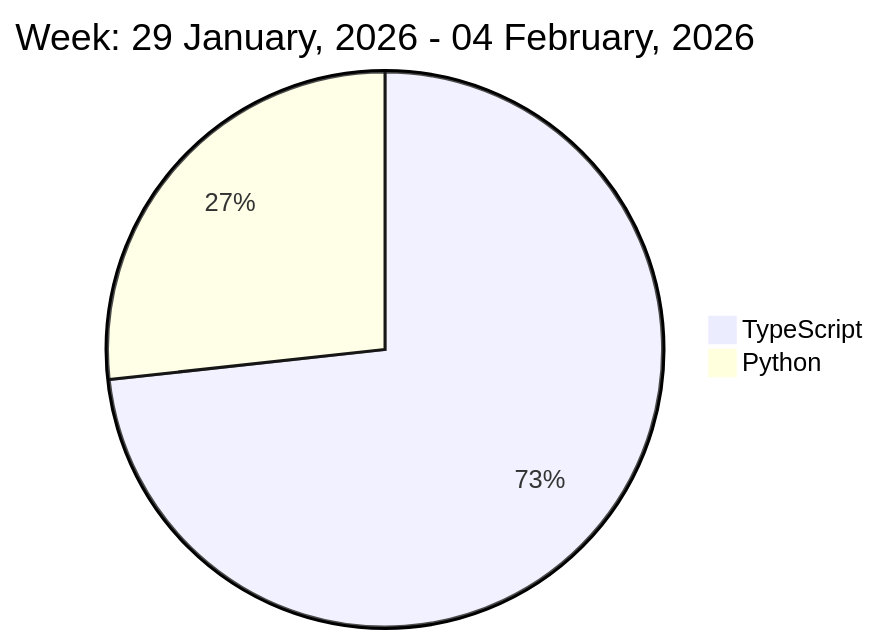
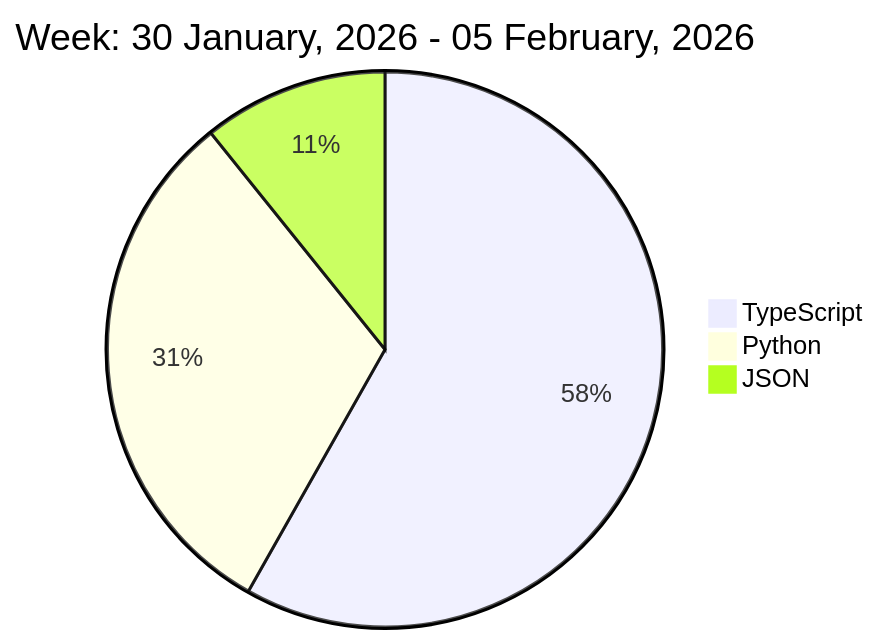
The diagram in README.md (liubin95/liubin95), drawn with Mermaid before and after one commit.

Commit message:
Updated the Graph with new Metrics

````diff
--- a/README.md
+++ b/README.md
@@ -37,6 +37,7 @@
 ```mermaid
  pie
-title Week: 29 January, 2026 - 04 February, 2026
- "TypeScript" : 14.45
- "Python" : 5.27
+title Week: 30 January, 2026 - 05 February, 2026
+ "TypeScript" : 11.87
+ "Python" : 6.33
+ "JSON" : 2.2
 ```
````
